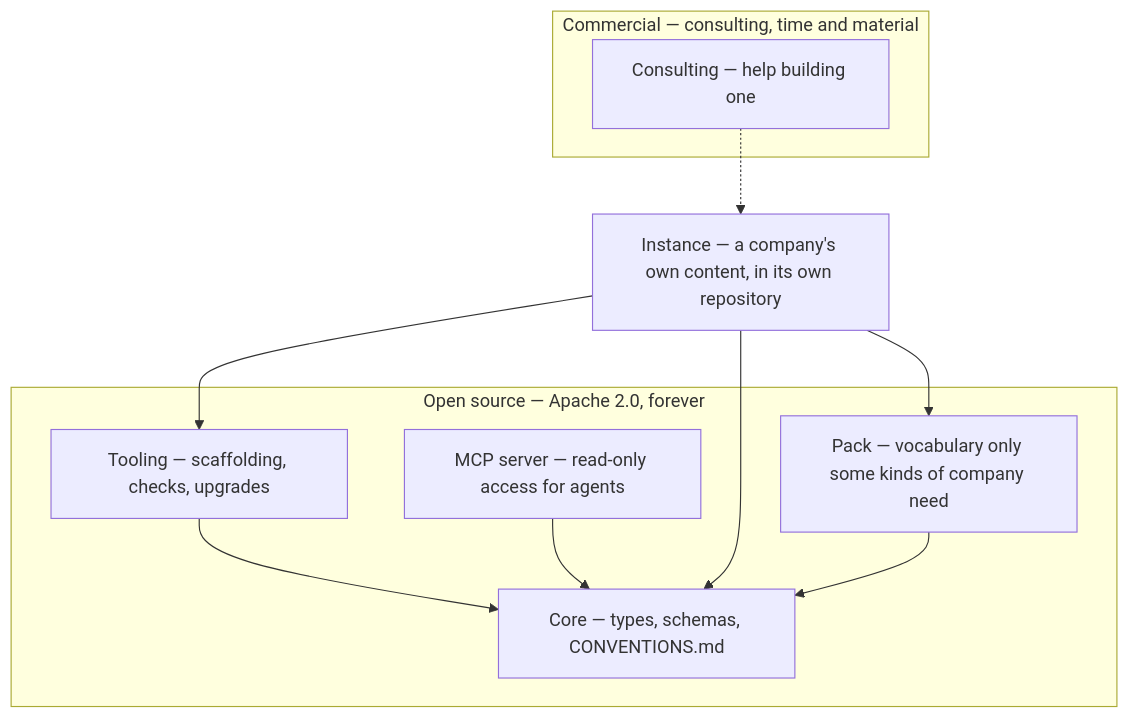
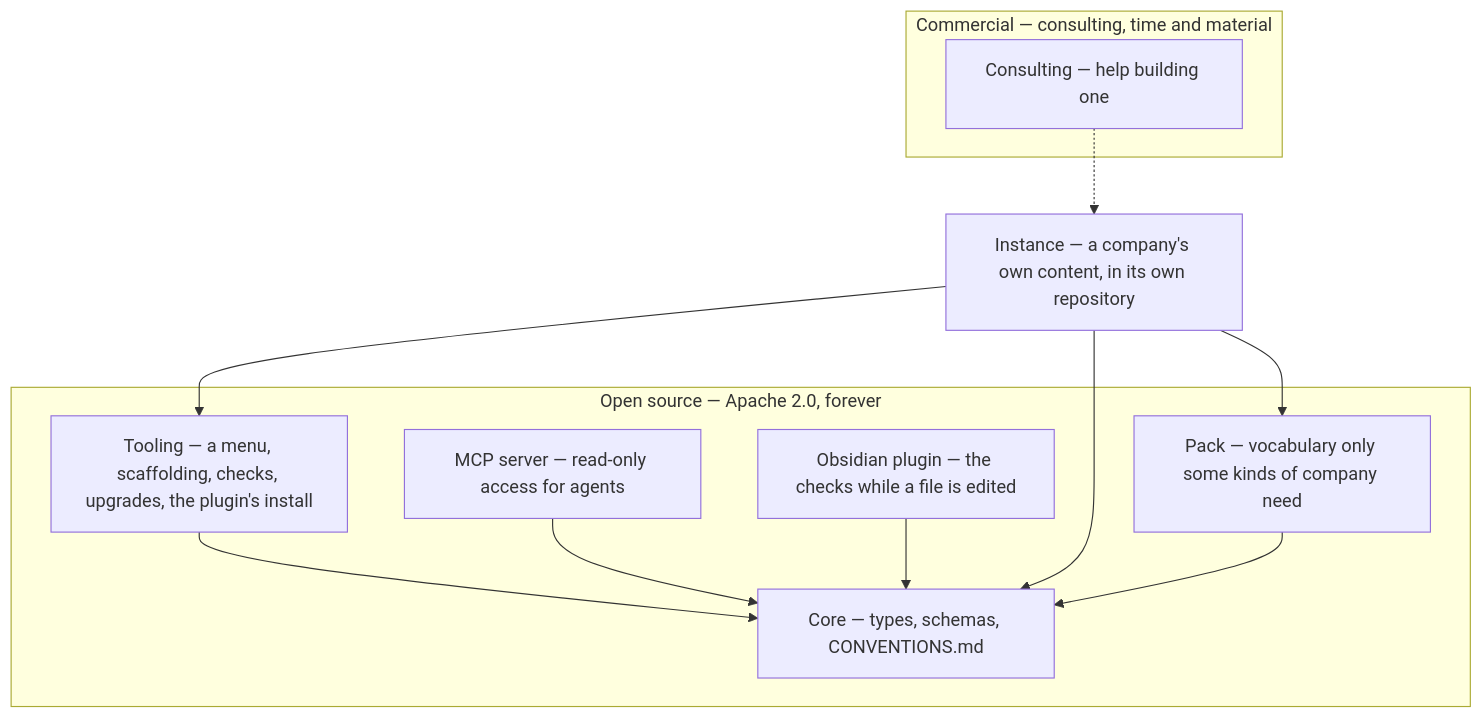
The diagram in README.md (companygraph/meta-model), drawn with Mermaid before and after one commit. The commit also changed other lines of this file, not shown here.

First line of the commit message:
The README names the menu, obsidian and the plugin beside the server

````diff
--- a/README.md
+++ b/README.md
@@ -47,19 +48,21 @@
 ```mermaid
 flowchart TB
     subgraph commercial["Commercial — consulting, time and material"]
         CONS["Consulting — help building one"]
     end
     subgraph oss["Open source — Apache 2.0, forever"]
-        TOOL["Tooling — scaffolding, checks, upgrades"]
+        TOOL["Tooling — a menu, scaffolding, checks, upgrades, the plugin's install"]
         SERVER["MCP server — read-only access for agents"]
+        PLUGIN["Obsidian plugin — the checks while a file is edited"]
         PACK["Pack — vocabulary only some kinds of company need"]
         CORE["Core — types, schemas, CONVENTIONS.md"]
     end
     INST["Instance — a company's own content, in its own repository"]
 
     CONS -.-> INST
     TOOL --> CORE
     SERVER --> CORE
+    PLUGIN --> CORE
     INST --> TOOL & PACK & CORE
     PACK --> CORE
 ```
````
